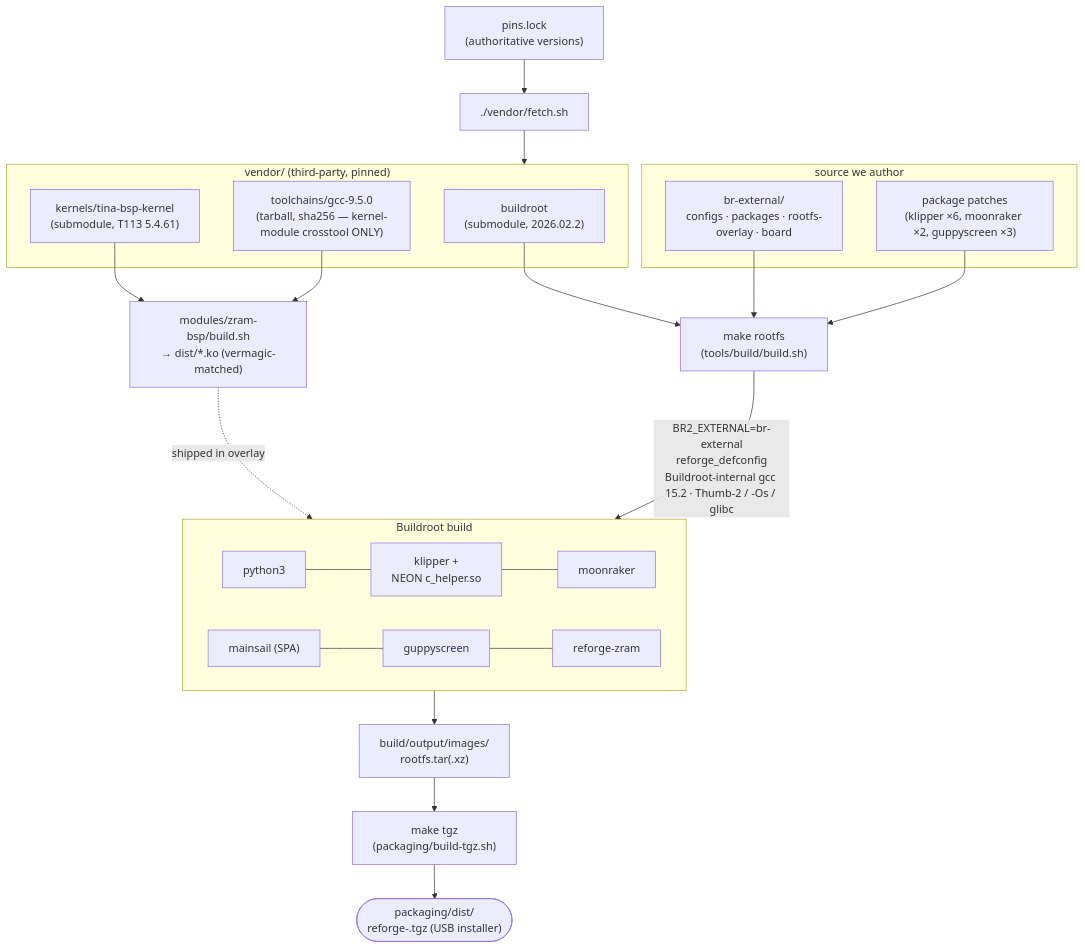
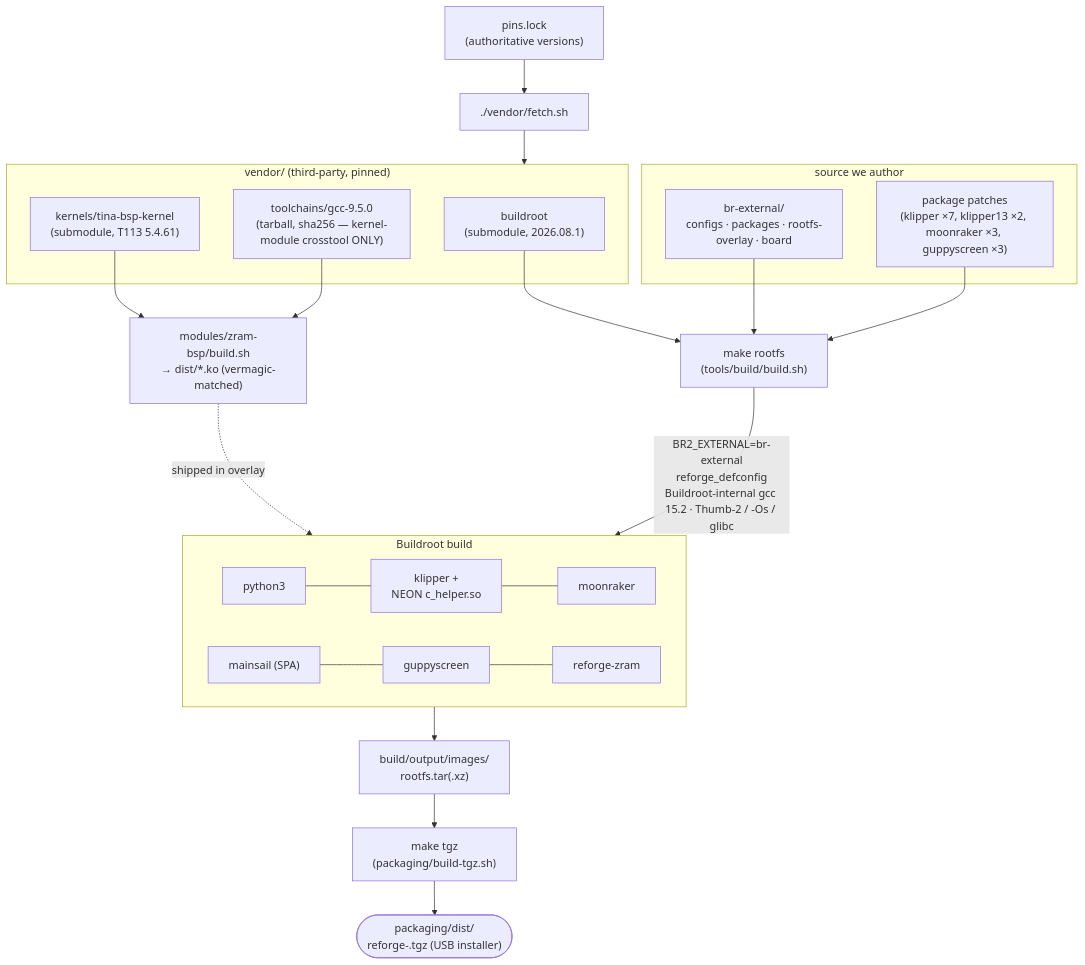
One commit to maci0/reforge changed the first of 2 diagrams in docs/build-process.md. Above: the diagram before and after it, drawn with Mermaid. The commit also changed other lines of this file and 29 other files, not shown here.

Commit message:
Update package pins and add optional Klipper v0.13 host

````diff
--- a/docs/build-process.md
+++ b/docs/build-process.md
@@ -9,35 +9,35 @@
 ```mermaid
 flowchart TB
     PINS["pins.lock<br/>(authoritative versions)"] --> FETCH
 
     subgraph vendor["vendor/ (third-party, pinned)"]
-        BR["buildroot<br/>(submodule, 2026.02.2)"]
+        BR["buildroot<br/>(submodule, 2026.08.1)"]
         BSP["kernels/tina-bsp-kernel<br/>(submodule, T113 5.4.61)"]
         TC["toolchains/gcc-9.5.0<br/>(tarball, sha256 — kernel-module crosstool ONLY)"]
     end
     FETCH["./vendor/fetch.sh"] --> vendor
 
     subgraph src["source we author"]
         EXT["br-external/<br/>configs · packages · rootfs-overlay · board"]
-        PATCH["package patches<br/>(klipper ×6, moonraker ×2, guppyscreen ×3)"]
+        PATCH["package patches<br/>(klipper ×7, klipper13 ×2, moonraker ×3, guppyscreen ×3)"]
     end
 
     BR --> MK["make rootfs<br/>(tools/build/build.sh)"]
     EXT --> MK
     PATCH --> MK
     MK -->|"BR2_EXTERNAL=br-external<br/>reforge_defconfig<br/>Buildroot-internal gcc 15.2 · Thumb-2 / -Os / glibc"| BUILD
 
     subgraph BUILD["Buildroot build"]
         direction LR
         PY["python3"] --- KLP["klipper +<br/>NEON c_helper.so"] --- MOO["moonraker"]
         MAIN["mainsail (SPA)"] --- GUP["guppyscreen"] --- ZR["reforge-zram"]
     end
 
     BUILD --> OUT["build/output/images/<br/>rootfs.tar(.xz)"]
     OUT --> TGZ["make tgz<br/>(packaging/build-tgz.sh)"]
     TGZ --> DIST(["packaging/dist/<br/>reforge-<ver>.tgz  (USB installer)"])
 
     BSP --> ZMOD["modules/zram-bsp/build.sh<br/>→ dist/*.ko (vermagic-matched)"]
     TC --> ZMOD
     ZMOD -. shipped in overlay .-> ZR
 ```
````
